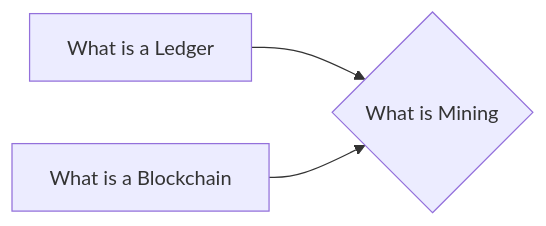
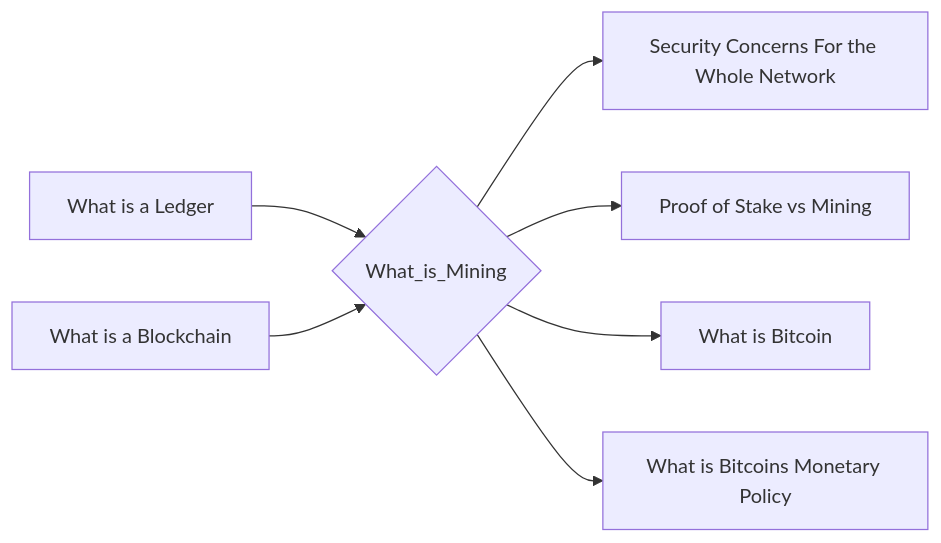
The diagram in notes/What_is_Mining.md (lpurdy01/crypto-knowledge-map), drawn with Mermaid before and after one commit. The commit also changed 161 other files, not shown here.

````diff
--- a/notes/What_is_Mining.md
+++ b/notes/What_is_Mining.md
@@ -10,5 +10,9 @@
 ```mermaid
 graph LR
-1["What is a Ledger"]-->0{"What is Mining"}
-2["What is a Blockchain"]-->0{"What is Mining"}
+1["What is a Ledger"]-->0{"What_is_Mining"}
+2["What is a Blockchain"]-->0{"What_is_Mining"}
+0{"What_is_Mining"}-->3["Security Concerns For the Whole Network"]
+0{"What_is_Mining"}-->4["Proof of Stake vs Mining"]
+0{"What_is_Mining"}-->5["What is Bitcoin"]
+0{"What_is_Mining"}-->6["What is Bitcoins Monetary Policy"]
 ```
````
